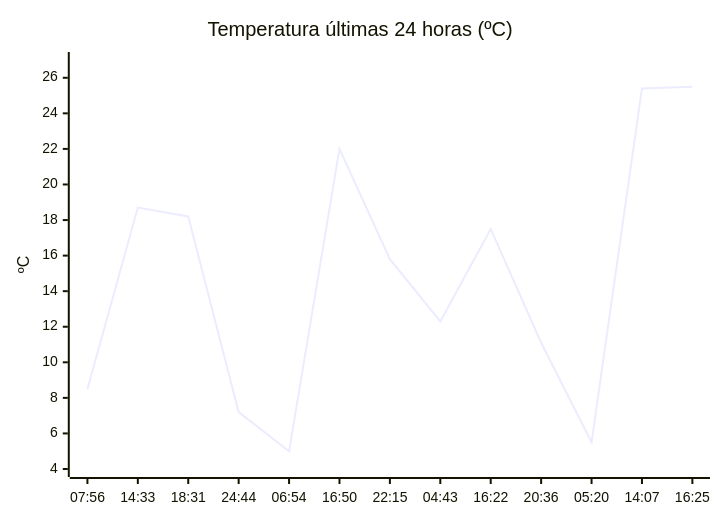
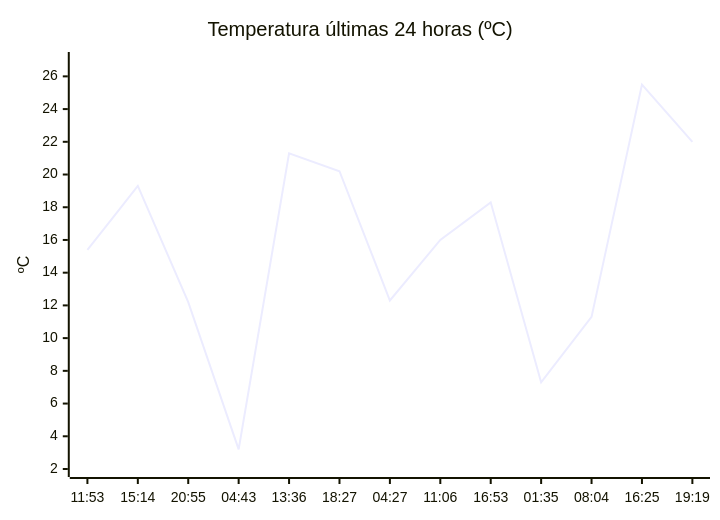
One commit to solidsnk86/rem-scrap changed the diagram in README.md. Above: the diagram before and after it, drawn with Mermaid. The commit also changed other lines of this file, not shown here.

````diff
--- a/README.md
+++ b/README.md
@@ -32,7 +32,7 @@
 ```mermaid
 xychart-beta
     title "Temperatura últimas 24 horas (ºC)"
-    x-axis ["07:56", "14:33", "18:31", "24:44", "06:54", "16:50", "22:15", "04:43", "16:22", "20:36", "05:20", "14:07", "16:25"]
-    y-axis "ºC" 4 --> 27
-    line [8.5, 18.7, 18.2, 7.2, 5, 22, 15.8, 12.3, 17.5, 11.1, 5.5, 25.4, 25.5]
+    x-axis ["11:53", "15:14", "20:55", "04:43", "13:36", "18:27", "04:27", "11:06", "16:53", "01:35", "08:04", "16:25", "19:19"]
+    y-axis "ºC" 2 --> 27
+    line [15.4, 19.3, 12.2, 3.2, 21.3, 20.2, 12.3, 16, 18.3, 7.3, 11.3, 25.5, 22]
 ```
````
